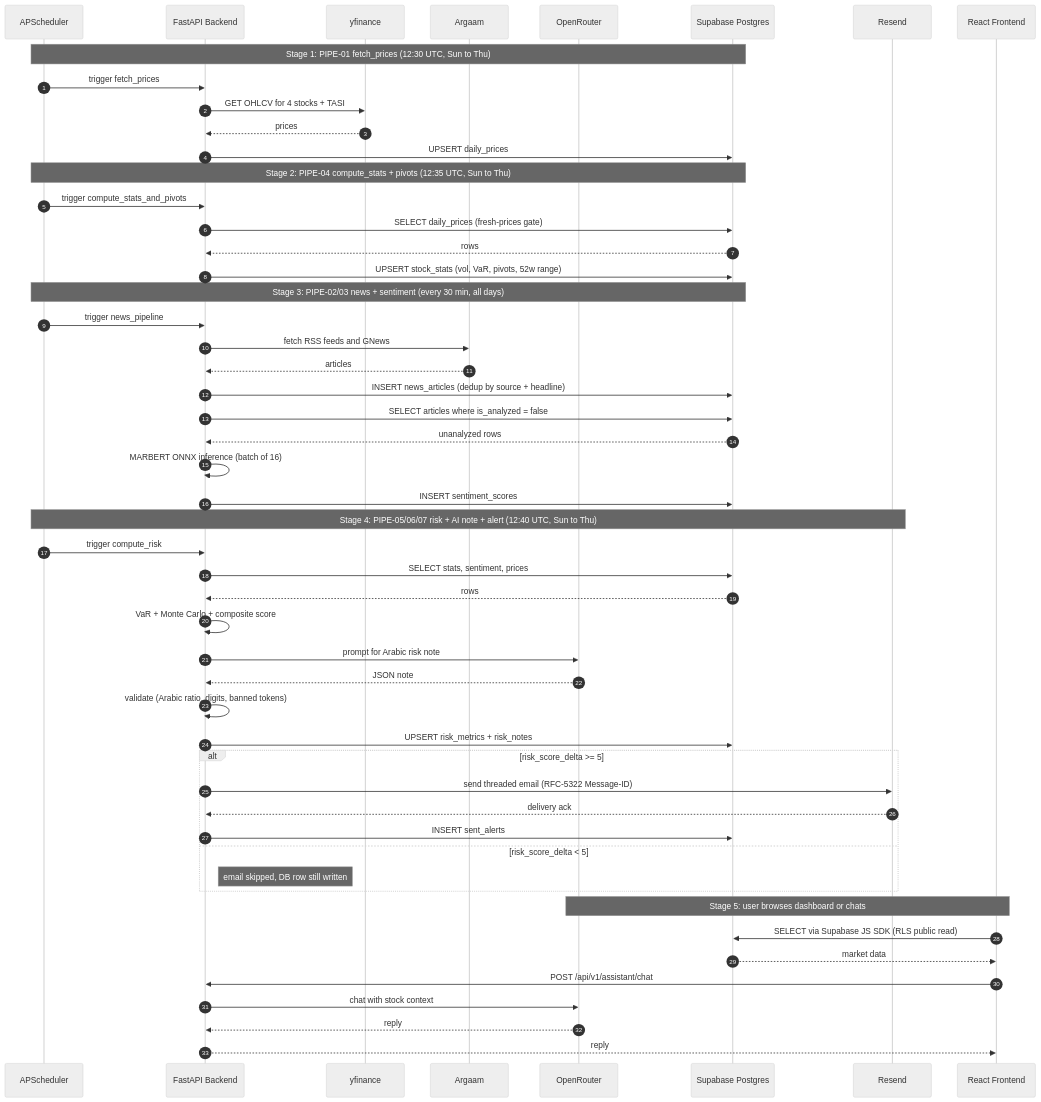
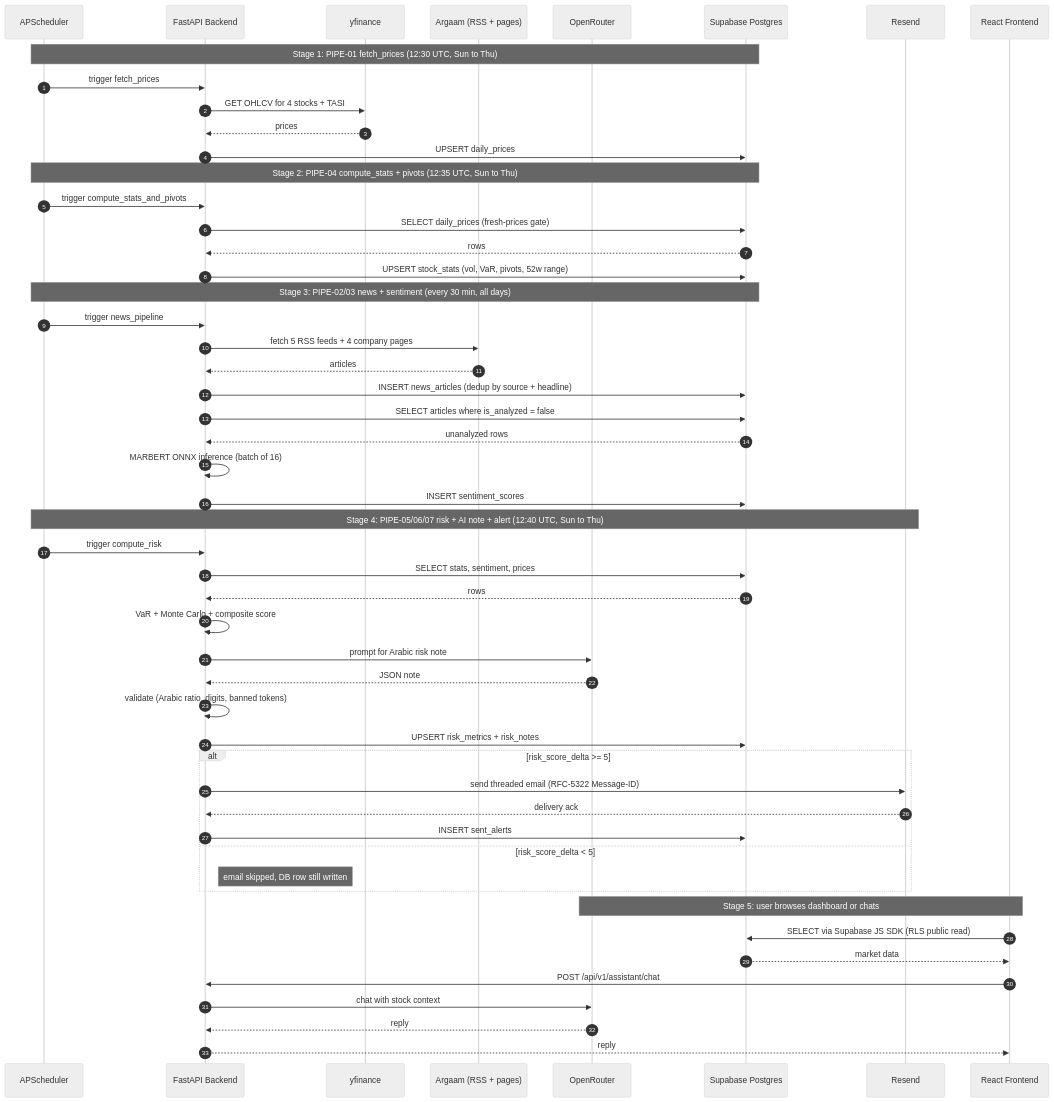
Before and after one commit to Tlvxg/Nabeeh: the diagram in README.md, drawn with Mermaid (neutral theme). The commit also changed other lines of this file and 2 other files, not shown here.

First line of the commit message:
Drop GNews from the docs to match what we actually use

````diff
--- a/README.md
+++ b/README.md
@@ -110,59 +109,59 @@
 ```mermaid
 sequenceDiagram
     autonumber
     participant SCHED as APScheduler
     participant BE as FastAPI Backend
     participant YF as yfinance
-    participant ARG as Argaam
+    participant ARG as Argaam (RSS + pages)
     participant OR as OpenRouter
     participant DB as Supabase Postgres
     participant RS as Resend
     participant FE as React Frontend
 
     Note over SCHED,DB: Stage 1: PIPE-01 fetch_prices (12:30 UTC, Sun to Thu)
     SCHED->>BE: trigger fetch_prices
     BE->>YF: GET OHLCV for 4 stocks + TASI
     YF-->>BE: prices
     BE->>DB: UPSERT daily_prices
 
     Note over SCHED,DB: Stage 2: PIPE-04 compute_stats + pivots (12:35 UTC, Sun to Thu)
     SCHED->>BE: trigger compute_stats_and_pivots
     BE->>DB: SELECT daily_prices (fresh-prices gate)
     DB-->>BE: rows
     BE->>DB: UPSERT stock_stats (vol, VaR, pivots, 52w range)
 
     Note over SCHED,DB: Stage 3: PIPE-02/03 news + sentiment (every 30 min, all days)
     SCHED->>BE: trigger news_pipeline
-    BE->>ARG: fetch RSS feeds and GNews
+    BE->>ARG: fetch 5 RSS feeds + 4 company pages
     ARG-->>BE: articles
     BE->>DB: INSERT news_articles (dedup by source + headline)
     BE->>DB: SELECT articles where is_analyzed = false
     DB-->>BE: unanalyzed rows
     BE->>BE: MARBERT ONNX inference (batch of 16)
     BE->>DB: INSERT sentiment_scores
 
     Note over SCHED,RS: Stage 4: PIPE-05/06/07 risk + AI note + alert (12:40 UTC, Sun to Thu)
     SCHED->>BE: trigger compute_risk
     BE->>DB: SELECT stats, sentiment, prices
     DB-->>BE: rows
     BE->>BE: VaR + Monte Carlo + composite score
     BE->>OR: prompt for Arabic risk note
     OR-->>BE: JSON note
     BE->>BE: validate (Arabic ratio, digits, banned tokens)
     BE->>DB: UPSERT risk_metrics + risk_notes
     alt risk_score_delta >= 5
         BE->>RS: send threaded email (RFC-5322 Message-ID)
         RS-->>BE: delivery ack
         BE->>DB: INSERT sent_alerts
     else risk_score_delta < 5
         Note right of BE: email skipped, DB row still written
     end
 
     Note over FE,OR: Stage 5: user browses dashboard or chats
     FE->>DB: SELECT via Supabase JS SDK (RLS public read)
     DB-->>FE: market data
     FE->>BE: POST /api/v1/assistant/chat
     BE->>OR: chat with stock context
     OR-->>BE: reply
     BE-->>FE: reply
 ```
````
